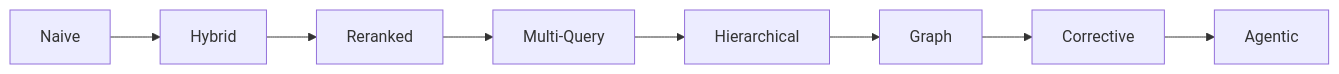
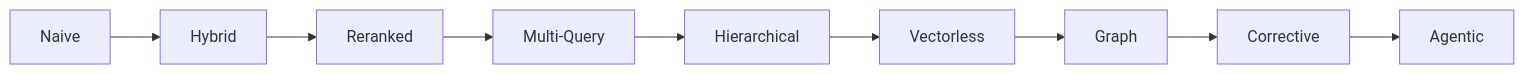
The first of 10 diagrams in notes/llm/08-arquiteturas-de-rag.md (caramelotech/ai-labs), drawn with Mermaid before and after one commit. The commit also changed other lines of this file, not shown here.

Commit message:
docs(llm): add vectorless RAG architecture

````diff
--- a/notes/llm/08-arquiteturas-de-rag.md
+++ b/notes/llm/08-arquiteturas-de-rag.md
@@ -11,10 +11,11 @@
 ```mermaid
 flowchart LR
     A[Naive] --> B[Hybrid]
     B --> C[Reranked]
     C --> D[Multi-Query]
     D --> E[Hierarchical]
-    E --> F[Graph]
+    E --> V[Vectorless]
+    V --> F[Graph]
     F --> G[Corrective]
     G --> H[Agentic]
 ```
````
